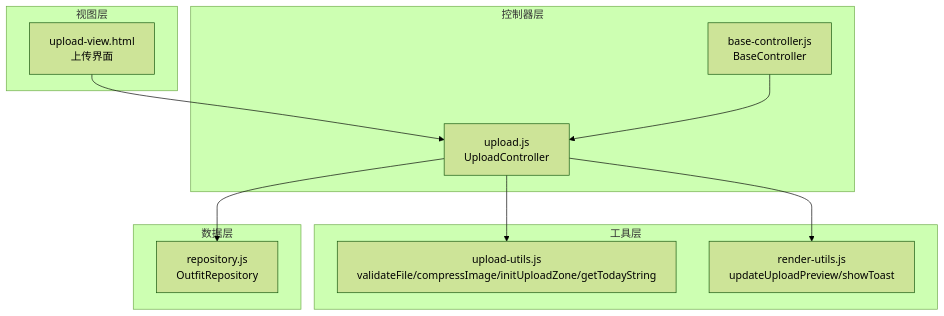
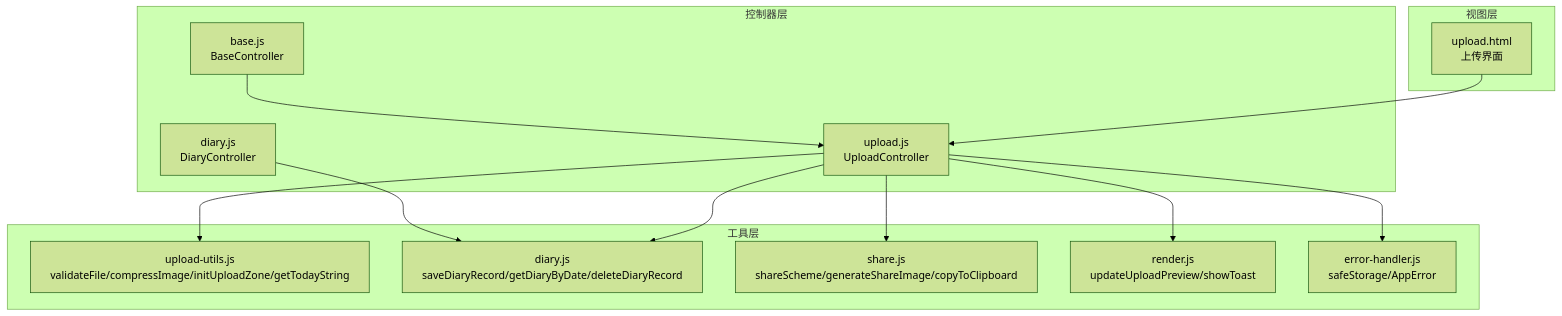
One commit to jeankeim/wuxing-fashion changed the first of 5 diagrams in .qoder/repowiki/zh/content/控制器系统/上传功能控制器.md. Above: the diagram before and after it, drawn with Mermaid (forest theme). The commit also changed other lines of this file and 27 other files, not shown here.

````diff
--- a/.qoder/repowiki/zh/content/控制器系统/上传功能控制器.md
+++ b/.qoder/repowiki/zh/content/控制器系统/上传功能控制器.md
@@ -44,22 +57,26 @@
 ```mermaid
 graph TB
 subgraph "视图层"
-V1["upload-view.html<br/>上传界面"]
+V1["upload.html<br/>上传界面"]
 end
 subgraph "控制器层"
 C1["upload.js<br/>UploadController"]
-C0["base-controller.js<br/>BaseController"]
+C0["base.js<br/>BaseController"]
+D1["diary.js<br/>DiaryController"]
 end
 subgraph "工具层"
 U1["upload-utils.js<br/>validateFile/compressImage/initUploadZone/getTodayString"]
-R1["render-utils.js<br/>updateUploadPreview/showToast"]
-end
-subgraph "数据层"
-D1["repository.js<br/>OutfitRepository"]
+U2["diary.js<br/>saveDiaryRecord/getDiaryByDate/deleteDiaryRecord"]
+U3["share.js<br/>shareScheme/generateShareImage/copyToClipboard"]
+R1["render.js<br/>updateUploadPreview/showToast"]
+E1["error-handler.js<br/>safeStorage/AppError"]
 end
 V1 --> C1
 C1 --> U1
+C1 --> U2
+C1 --> U3
 C1 --> R1
-C1 --> D1
+C1 --> E1
 C0 --> C1
+D1 --> U2
 ```
````
